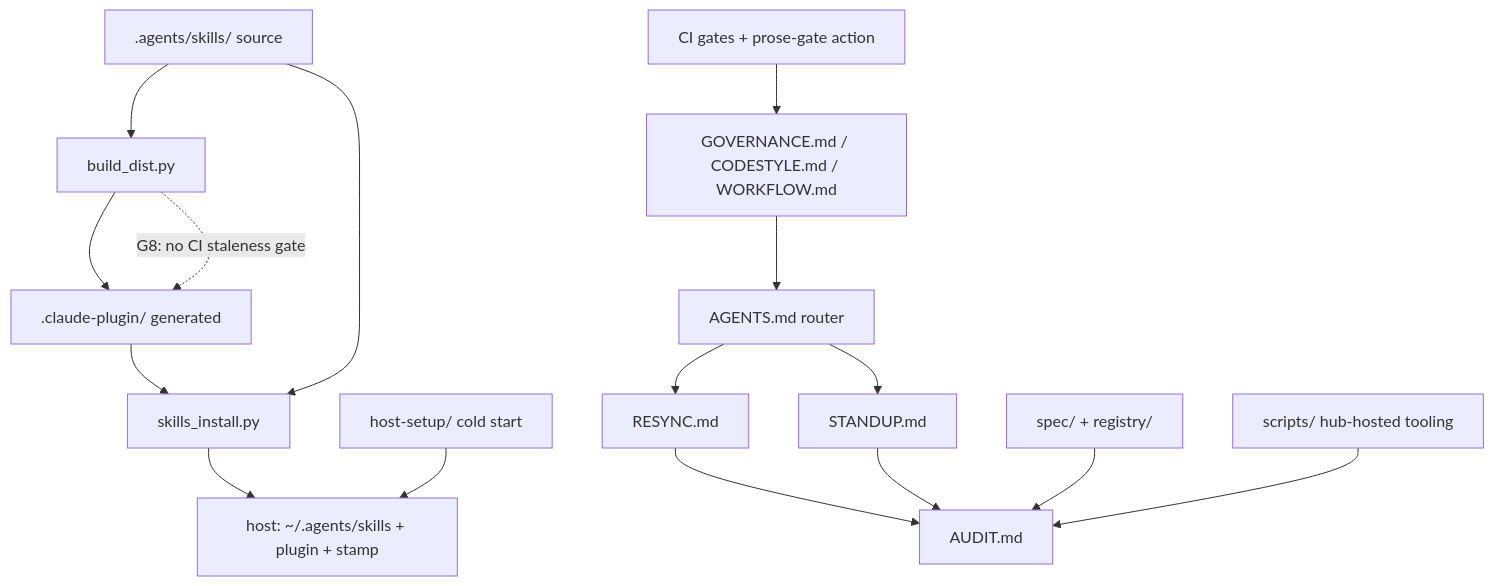
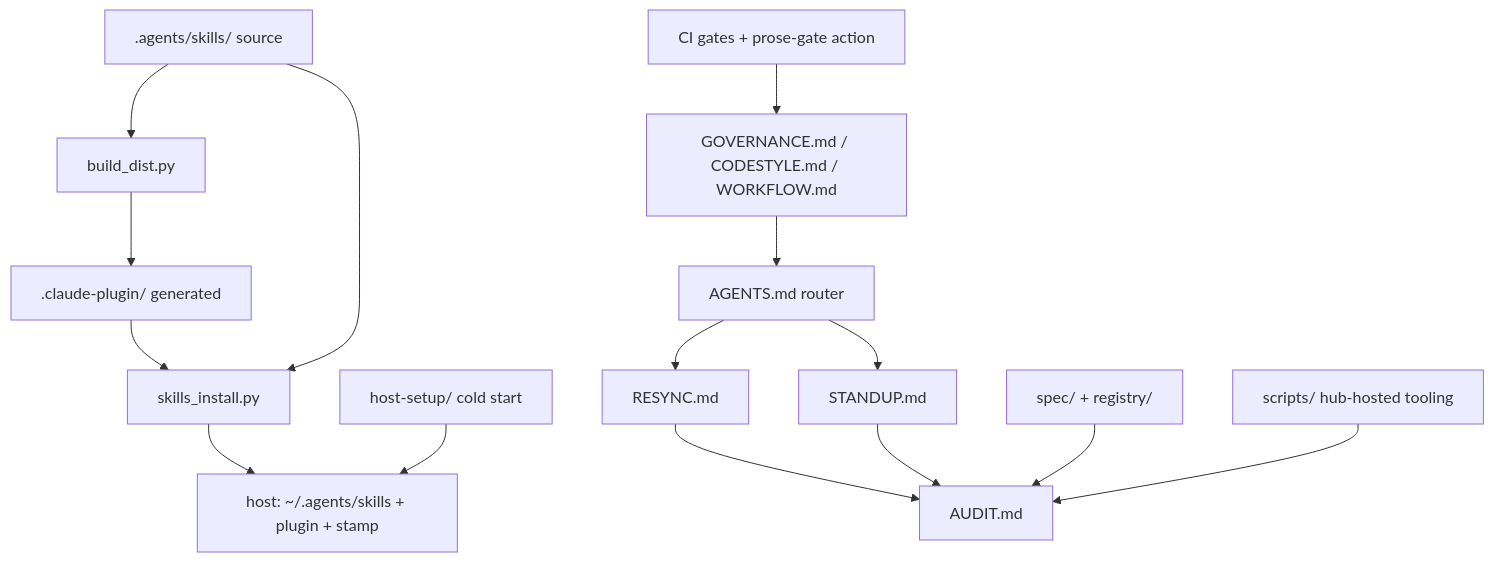
Before and after one commit to ptr727/ProjectTemplate: the first of 7 diagrams in docs/fleet-map.md, drawn with Mermaid. The commit also changed other lines of this file, not shown here.

First line of the commit message:
Mark Register Row G8 Closed, CI Already Runs build_dist.py --check

````diff
--- a/docs/fleet-map.md
+++ b/docs/fleet-map.md
@@ -42,18 +42,17 @@
 ```mermaid
 flowchart TD
   agents["AGENTS.md router"] --> standup[STANDUP.md]
   agents --> resync[RESYNC.md]
   resync --> audit[AUDIT.md]
   standup --> audit
   law["GOVERNANCE.md / CODESTYLE.md / WORKFLOW.md"] --> agents
   spec["spec/ + registry/"] --> audit
   scripts["scripts/ hub-hosted tooling"] --> audit
   skills[".agents/skills/ source"] --> build[build_dist.py]
   build --> plugin[".claude-plugin/ generated"]
-  build -.->|"G8: no CI staleness gate"| plugin
   plugin --> install[skills_install.py]
   skills --> install
   install --> host["host: ~/.agents/skills + plugin + stamp"]
   hostsetup["host-setup/ cold start"] --> host
   ci["CI gates + prose-gate action"] --> law
 ```
````
